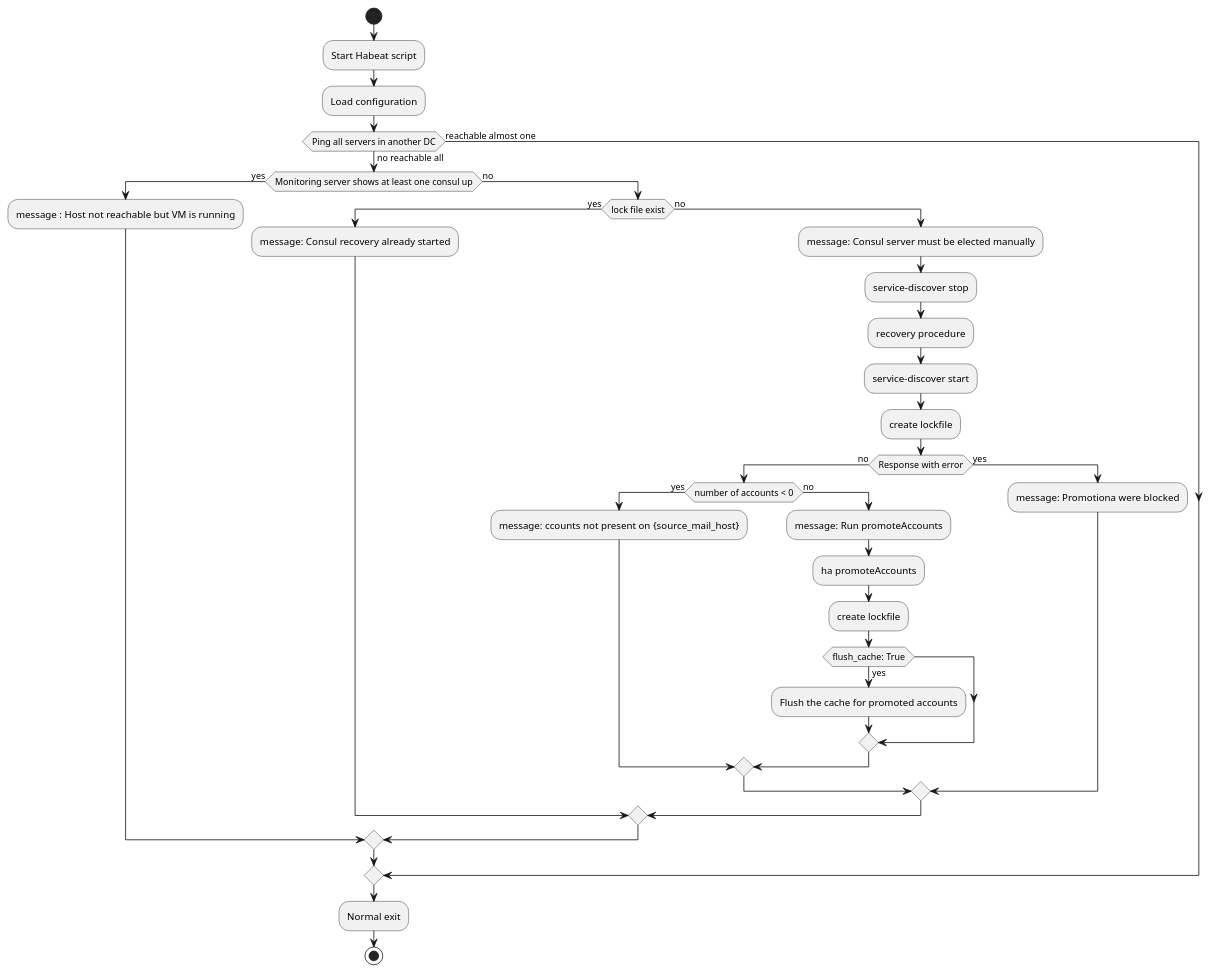
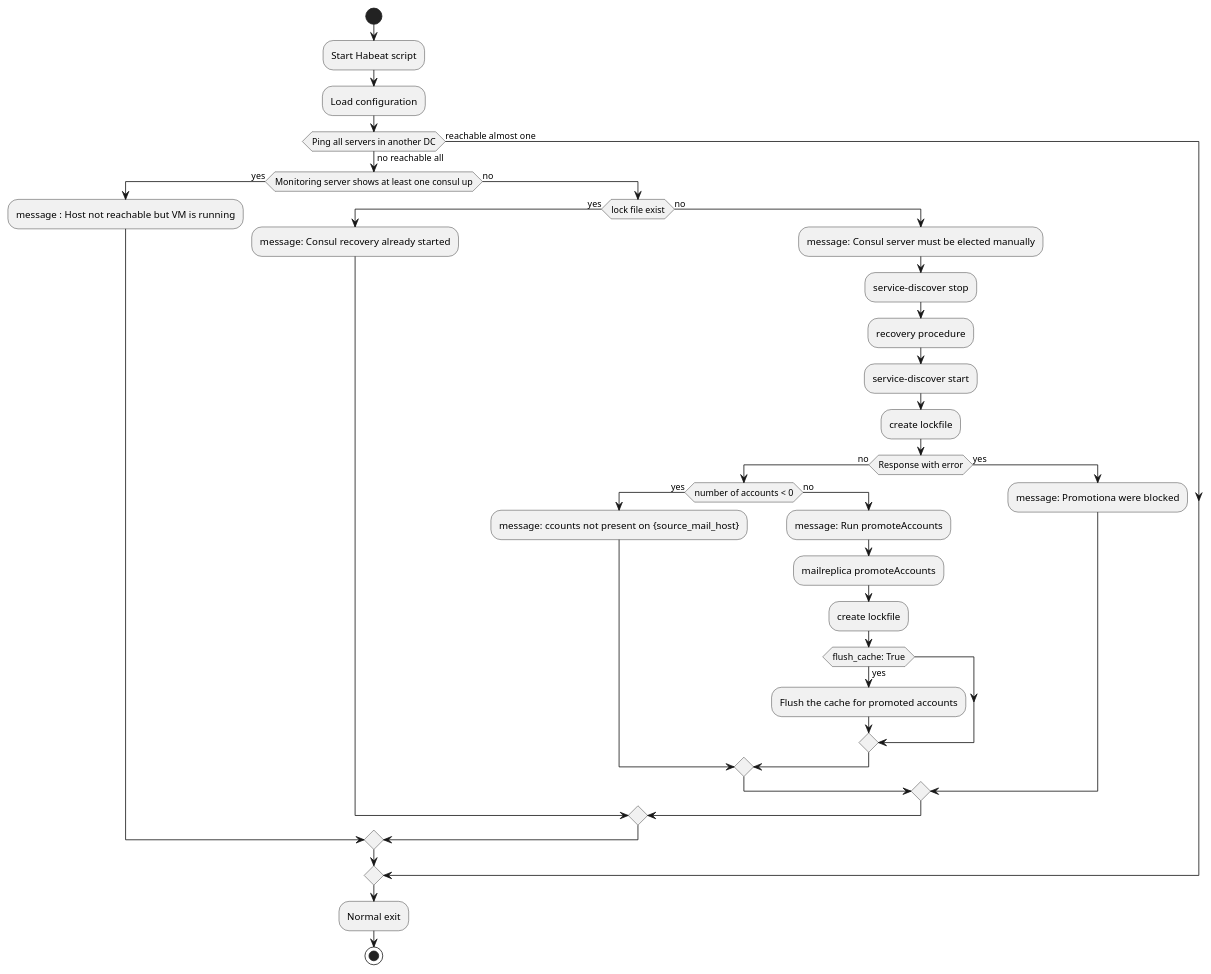
One commit to zextras/sps-habeat changed the diagram in diagram/consulserver.puml. Above: the diagram before and after it, drawn with PlantUML. The commit also changed 3 other files, not shown here.

```diff
--- a/diagram/consulserver.puml
+++ b/diagram/consulserver.puml
@@ -1,37 +1,37 @@
 @startuml
 start
 :Start Habeat script;
 :Load configuration;
 if (Ping all servers in another DC) then (no reachable all)
   if (Monitoring server shows at least one consul up) then (yes)
     :message : Host not reachable but VM is running;
   else (no)
     if (lock file exist) then (yes)
       :message: Consul recovery already started;
     else (no)
       :message: Consul server must be elected manually;
       :service-discover stop;
       :recovery procedure;
       :service-discover start;
       :create lockfile;
       if (Response with error) then (no)
         if (number of accounts < 0) then (yes)
           :message: ccounts not present on {source_mail_host};
         else (no)
           :message: Run promoteAccounts;
-          :ha promoteAccounts;
+          :mailreplica promoteAccounts;
           :create lockfile;
           if (flush_cache: True) then (yes)
             :Flush the cache for promoted accounts;
           endif
         endif
       else (yes)
         :message: Promotiona were blocked;
       endif
     endif
   endif
 else (reachable almost one)
 endif
   :Normal exit;
   stop
 @enduml
```
